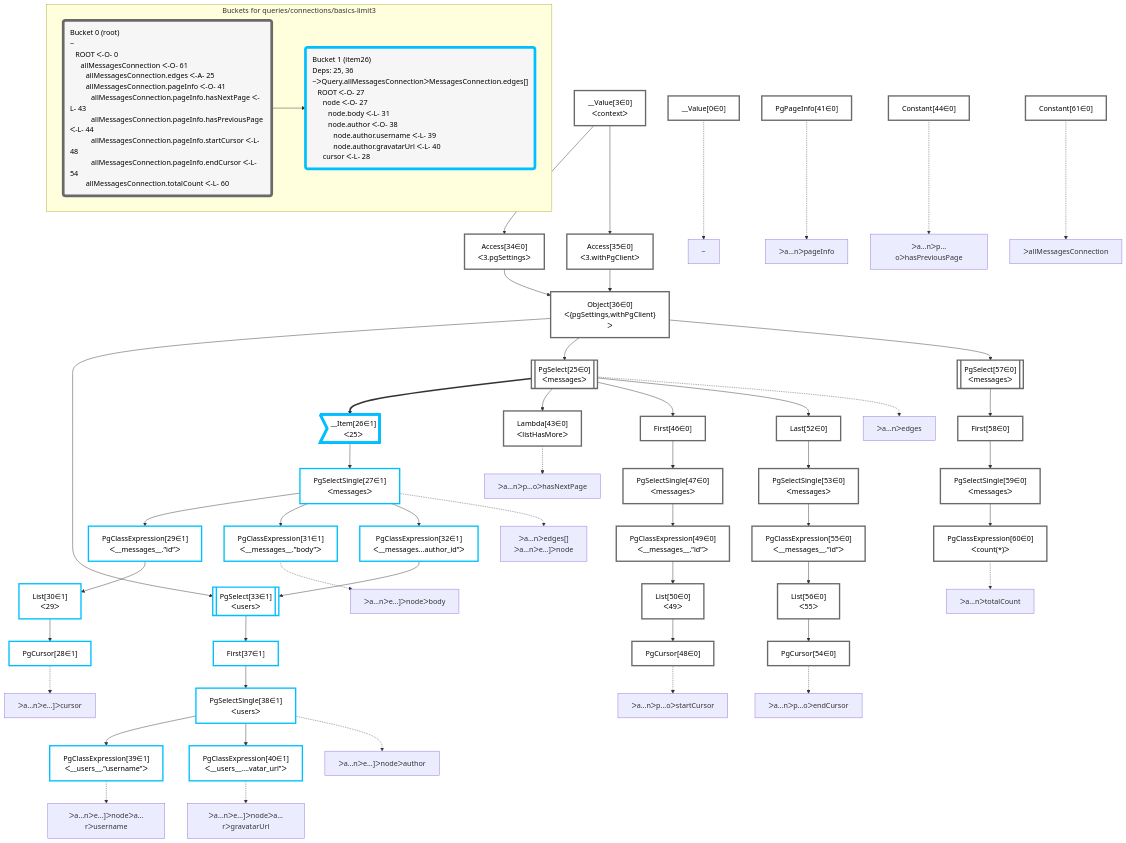
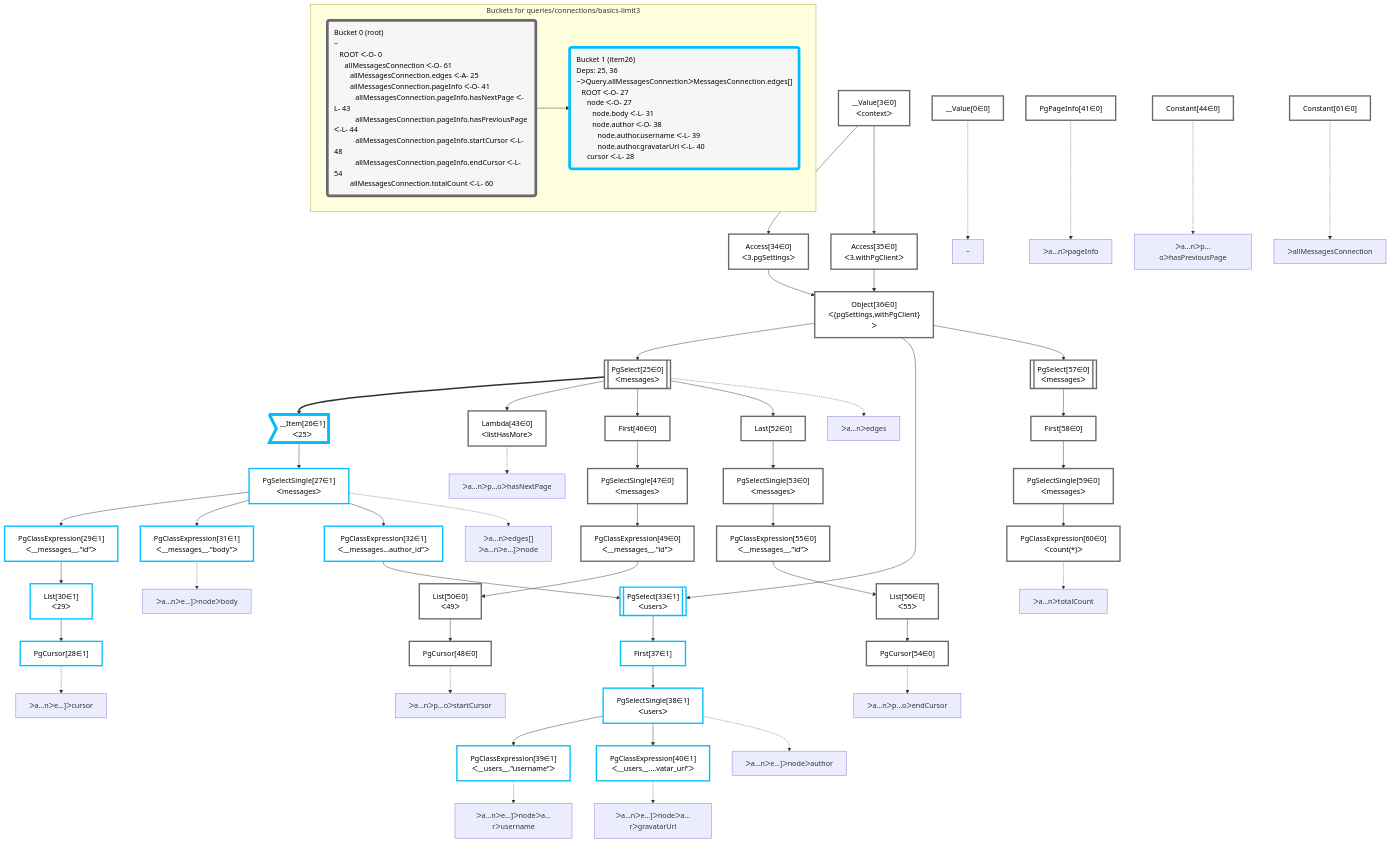
One commit to graphile/crystal changed the diagram in packages/dataplan-pg/__tests__/queries/connections/basics-limit3.deopt.mermaid.md. Above: the diagram before and after it, drawn with Mermaid. The commit also changed other lines of this file and 195 other files, not shown here.

Commit message:
Reorder graphs

```diff
--- a/packages/dataplan-pg/__tests__/queries/connections/basics-limit3.deopt.mermaid.md
+++ b/packages/dataplan-pg/__tests__/queries/connections/basics-limit3.deopt.mermaid.md
@@ -9,74 +9,74 @@
 
     %% define plans
     __Value0["__Value[0∈0]"]:::plan
+    __Value3["__Value[3∈0]<br />ᐸcontextᐳ"]:::plan
+    Access34["Access[34∈0]<br />ᐸ3.pgSettingsᐳ"]:::plan
+    Access35["Access[35∈0]<br />ᐸ3.withPgClientᐳ"]:::plan
+    Object36["Object[36∈0]<br />ᐸ{pgSettings,withPgClient}ᐳ"]:::plan
+    Constant61["Constant[61∈0]"]:::plan
+    PgSelect25[["PgSelect[25∈0]<br />ᐸmessagesᐳ"]]:::plan
+    __Item26>"__Item[26∈1]<br />ᐸ25ᐳ"]:::itemplan
+    PgSelectSingle27["PgSelectSingle[27∈1]<br />ᐸmessagesᐳ"]:::plan
+    PgClassExpression29["PgClassExpression[29∈1]<br />ᐸ__messages__.”id”ᐳ"]:::plan
+    List30["List[30∈1]<br />ᐸ29ᐳ"]:::plan
     PgCursor28["PgCursor[28∈1]"]:::plan
-    List30["List[30∈1]<br />ᐸ29ᐳ"]:::plan
-    PgClassExpression29["PgClassExpression[29∈1]<br />ᐸ__messages__.”id”ᐳ"]:::plan
     PgClassExpression31["PgClassExpression[31∈1]<br />ᐸ__messages__.”body”ᐳ"]:::plan
+    PgClassExpression32["PgClassExpression[32∈1]<br />ᐸ__messages...author_id”ᐳ"]:::plan
+    PgSelect33[["PgSelect[33∈1]<br />ᐸusersᐳ"]]:::plan
+    First37["First[37∈1]"]:::plan
+    PgSelectSingle38["PgSelectSingle[38∈1]<br />ᐸusersᐳ"]:::plan
     PgClassExpression39["PgClassExpression[39∈1]<br />ᐸ__users__.”username”ᐳ"]:::plan
     PgClassExpression40["PgClassExpression[40∈1]<br />ᐸ__users__....vatar_url”ᐳ"]:::plan
-    PgSelectSingle38["PgSelectSingle[38∈1]<br />ᐸusersᐳ"]:::plan
-    First37["First[37∈1]"]:::plan
-    PgSelect33[["PgSelect[33∈1]<br />ᐸusersᐳ"]]:::plan
-    PgClassExpression32["PgClassExpression[32∈1]<br />ᐸ__messages...author_id”ᐳ"]:::plan
-    PgSelectSingle27["PgSelectSingle[27∈1]<br />ᐸmessagesᐳ"]:::plan
-    __Item26>"__Item[26∈1]<br />ᐸ25ᐳ"]:::itemplan
+    PgPageInfo41["PgPageInfo[41∈0]"]:::plan
     Lambda43["Lambda[43∈0]<br />ᐸlistHasMoreᐳ"]:::plan
+    Constant44["Constant[44∈0]"]:::plan
+    First46["First[46∈0]"]:::plan
+    PgSelectSingle47["PgSelectSingle[47∈0]<br />ᐸmessagesᐳ"]:::plan
+    PgClassExpression49["PgClassExpression[49∈0]<br />ᐸ__messages__.”id”ᐳ"]:::plan
+    List50["List[50∈0]<br />ᐸ49ᐳ"]:::plan
     PgCursor48["PgCursor[48∈0]"]:::plan
-    List50["List[50∈0]<br />ᐸ49ᐳ"]:::plan
-    PgClassExpression49["PgClassExpression[49∈0]<br />ᐸ__messages__.”id”ᐳ"]:::plan
-    PgSelectSingle47["PgSelectSingle[47∈0]<br />ᐸmessagesᐳ"]:::plan
-    First46["First[46∈0]"]:::plan
+    Last52["Last[52∈0]"]:::plan
+    PgSelectSingle53["PgSelectSingle[53∈0]<br />ᐸmessagesᐳ"]:::plan
+    PgClassExpression55["PgClassExpression[55∈0]<br />ᐸ__messages__.”id”ᐳ"]:::plan
+    List56["List[56∈0]<br />ᐸ55ᐳ"]:::plan
     PgCursor54["PgCursor[54∈0]"]:::plan
-    List56["List[56∈0]<br />ᐸ55ᐳ"]:::plan
-    PgClassExpression55["PgClassExpression[55∈0]<br />ᐸ__messages__.”id”ᐳ"]:::plan
-    PgSelectSingle53["PgSelectSingle[53∈0]<br />ᐸmessagesᐳ"]:::plan
-    Last52["Last[52∈0]"]:::plan
-    PgSelect25[["PgSelect[25∈0]<br />ᐸmessagesᐳ"]]:::plan
+    PgSelect57[["PgSelect[57∈0]<br />ᐸmessagesᐳ"]]:::plan
+    First58["First[58∈0]"]:::plan
+    PgSelectSingle59["PgSelectSingle[59∈0]<br />ᐸmessagesᐳ"]:::plan
     PgClassExpression60["PgClassExpression[60∈0]<br />ᐸcount(*)ᐳ"]:::plan
-    PgSelectSingle59["PgSelectSingle[59∈0]<br />ᐸmessagesᐳ"]:::plan
-    First58["First[58∈0]"]:::plan
-    PgSelect57[["PgSelect[57∈0]<br />ᐸmessagesᐳ"]]:::plan
-    Object36["Object[36∈0]<br />ᐸ{pgSettings,withPgClient}ᐳ"]:::plan
-    Access34["Access[34∈0]<br />ᐸ3.pgSettingsᐳ"]:::plan
-    Access35["Access[35∈0]<br />ᐸ3.withPgClientᐳ"]:::plan
-    __Value3["__Value[3∈0]<br />ᐸcontextᐳ"]:::plan
-    Constant61["Constant[61∈0]"]:::plan
-    PgPageInfo41["PgPageInfo[41∈0]"]:::plan
-    Constant44["Constant[44∈0]"]:::plan
 
     %% plan dependencies
+    __Value3 --> Access34
+    __Value3 --> Access35
+    Access34 & Access35 --> Object36
+    Object36 --> PgSelect25
+    PgSelect25 ==> __Item26
+    __Item26 --> PgSelectSingle27
+    PgSelectSingle27 --> PgClassExpression29
+    PgClassExpression29 --> List30
     List30 --> PgCursor28
-    PgClassExpression29 --> List30
-    PgSelectSingle27 --> PgClassExpression29
     PgSelectSingle27 --> PgClassExpression31
+    PgSelectSingle27 --> PgClassExpression32
+    Object36 & PgClassExpression32 --> PgSelect33
+    PgSelect33 --> First37
+    First37 --> PgSelectSingle38
     PgSelectSingle38 --> PgClassExpression39
     PgSelectSingle38 --> PgClassExpression40
-    First37 --> PgSelectSingle38
-    PgSelect33 --> First37
-    Object36 & PgClassExpression32 --> PgSelect33
-    PgSelectSingle27 --> PgClassExpression32
-    __Item26 --> PgSelectSingle27
-    PgSelect25 ==> __Item26
     PgSelect25 --> Lambda43
+    PgSelect25 --> First46
+    First46 --> PgSelectSingle47
+    PgSelectSingle47 --> PgClassExpression49
+    PgClassExpression49 --> List50
     List50 --> PgCursor48
-    PgClassExpression49 --> List50
-    PgSelectSingle47 --> PgClassExpression49
-    First46 --> PgSelectSingle47
-    PgSelect25 --> First46
+    PgSelect25 --> Last52
+    Last52 --> PgSelectSingle53
+    PgSelectSingle53 --> PgClassExpression55
+    PgClassExpression55 --> List56
     List56 --> PgCursor54
-    PgClassExpression55 --> List56
-    PgSelectSingle53 --> PgClassExpression55
-    Last52 --> PgSelectSingle53
-    PgSelect25 --> Last52
-    Object36 --> PgSelect25
+    Object36 --> PgSelect57
+    PgSelect57 --> First58
+    First58 --> PgSelectSingle59
     PgSelectSingle59 --> PgClassExpression60
-    First58 --> PgSelectSingle59
-    PgSelect57 --> First58
-    Object36 --> PgSelect57
-    Access34 & Access35 --> Object36
-    __Value3 --> Access34
-    __Value3 --> Access35
 
     %% plan-to-path relationships
     P0["~"]
```
